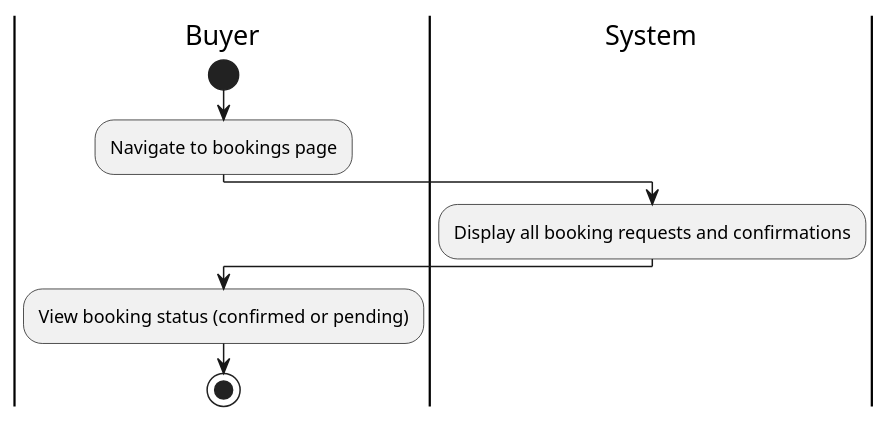
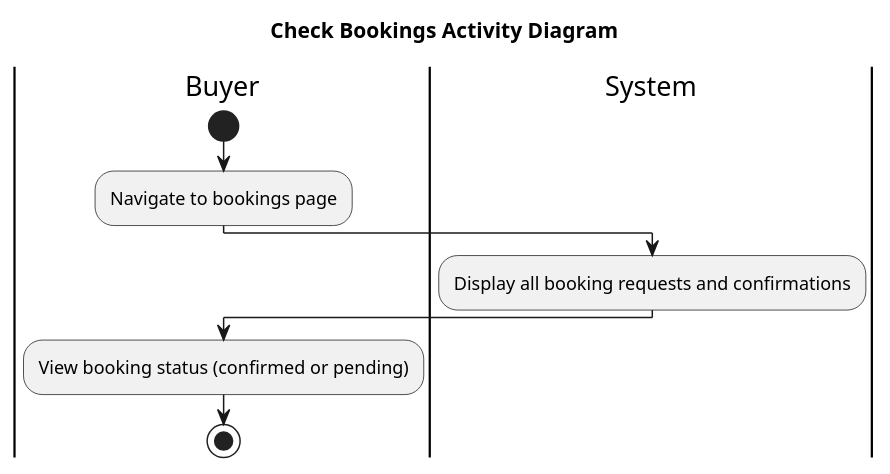
Before and after one commit to micahbaumann/CS-5800-Project-Micah-UML: the diagram in 5_CheckBookingsActivity.puml, drawn with PlantUML. The commit also changed 17 other files, not shown here.

```diff
--- a/5_CheckBookingsActivity.puml
+++ b/5_CheckBookingsActivity.puml
@@ -1,16 +1,17 @@
 @startuml
 'https://plantuml.com/activity-diagram-beta
+title Check Bookings Activity Diagram
 
 |Buyer|
 start
 :Navigate to bookings page;
 
 |System|
 :Display all booking requests and confirmations;
 
 |Buyer|
 :View booking status (confirmed or pending);
 
 stop
 
 @enduml
```
